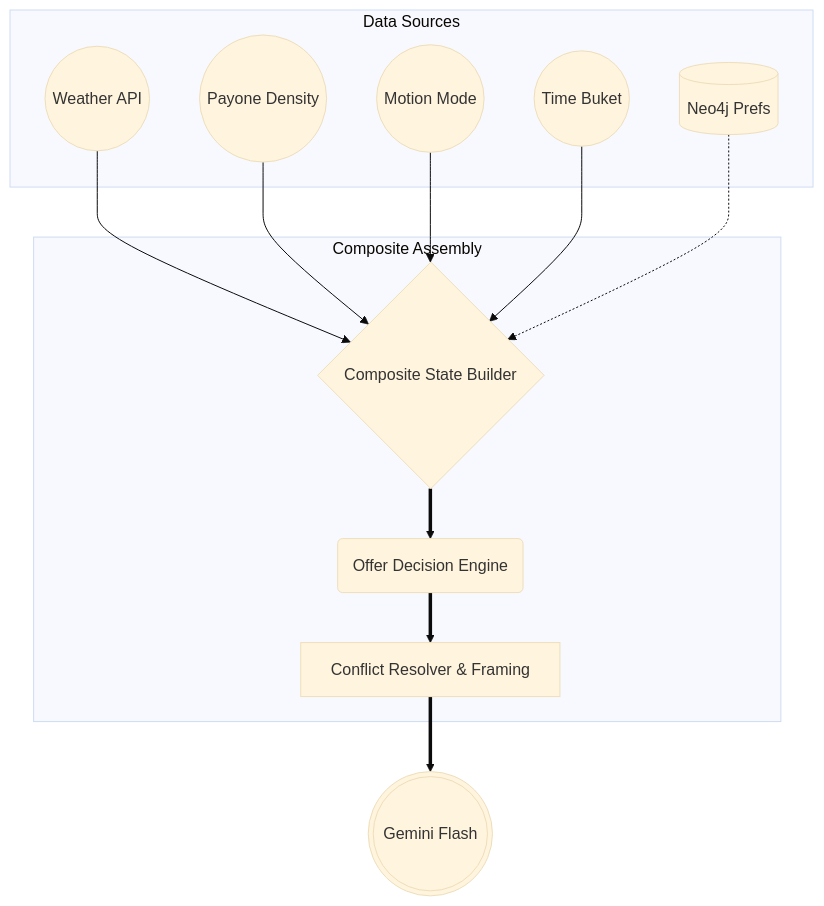
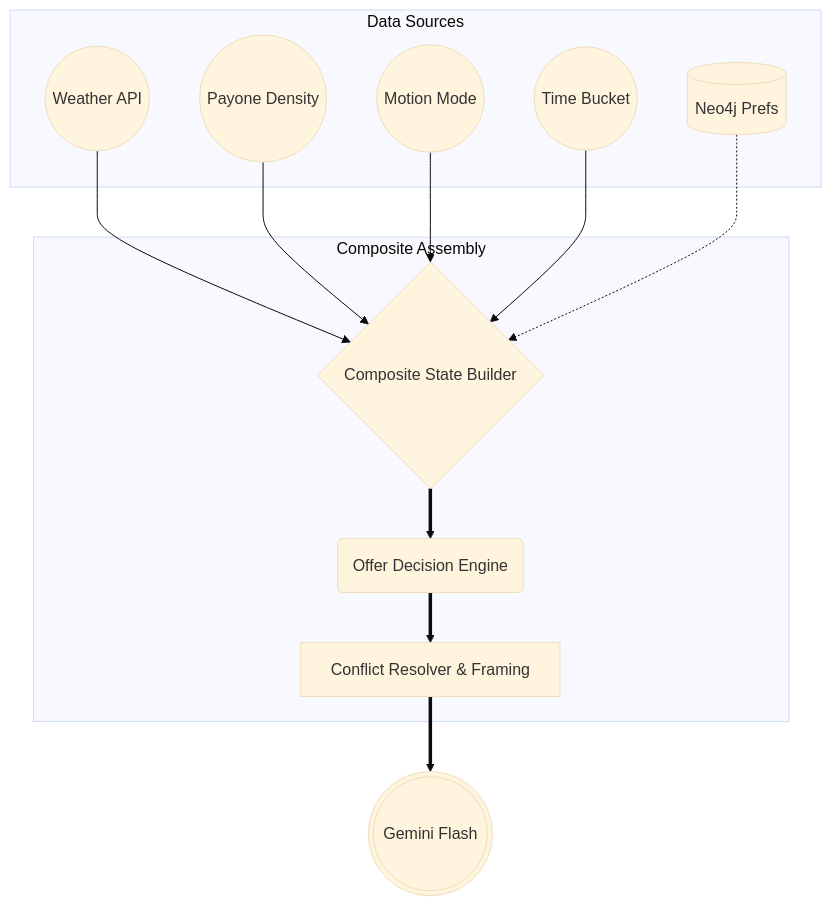
Before and after one commit to larsboes/Generative-City-Wallet: the diagram in docs/architecture/context-signals.md, drawn with Mermaid (base theme). The commit also changed other lines of this file and 12 other files, not shown here.

````diff
--- a/docs/architecture/context-signals.md
+++ b/docs/architecture/context-signals.md
@@ -24,26 +27,26 @@
 ```mermaid
 flowchart TD
   subgraph Data Sources
       weather((Weather API))
       demand((Payone Density))
       movement((Motion Mode))
-      time((Time Buket))
+      time((Time Bucket))
       prefs[(Neo4j Prefs)]
   end
 
   subgraph Composite Assembly
       composite{Composite State Builder}
       decision(Offer Decision Engine)
       conflict[Conflict Resolver & Framing]
   end
 
   weather --> composite
   demand --> composite
   movement --> composite
   time --> composite
   prefs -.-> composite
 
   composite ==> decision
   decision ==> conflict
   conflict ==> llm(((Gemini Flash)))
 ```
````
